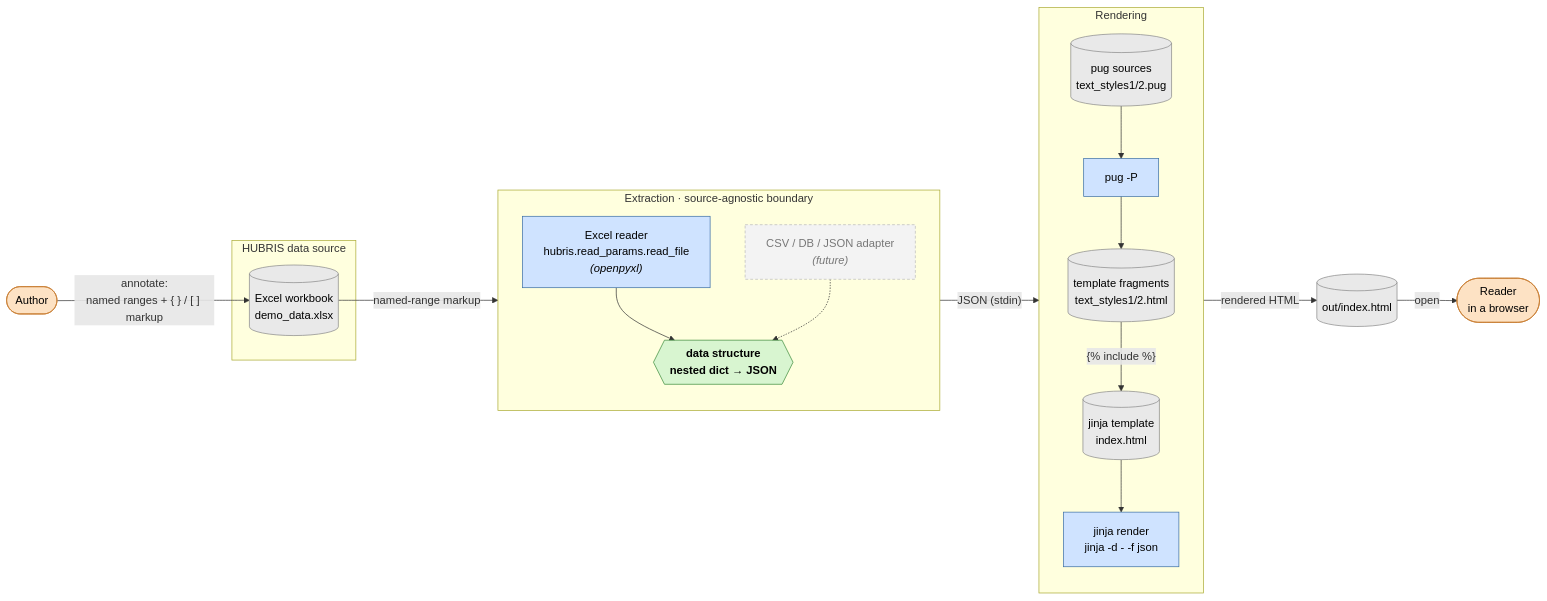
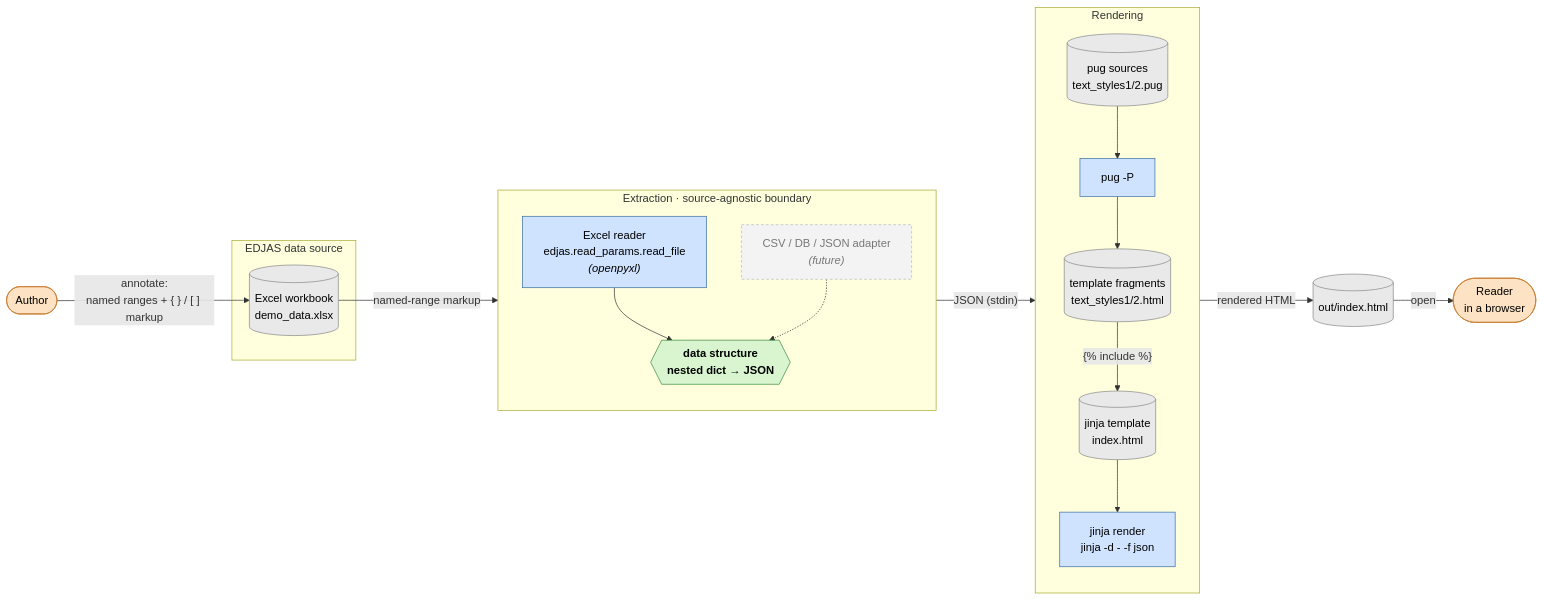
The first of 2 diagrams in docs/dataflow.md (holdenweb/edjas-demo), drawn with Mermaid before and after one commit. The commit also changed other lines of this file and 20 other files, not shown here.

````diff
--- a/docs/dataflow.md
+++ b/docs/dataflow.md
@@ -25,47 +25,47 @@
 ```mermaid
 flowchart LR
     author([Author]):::entity
     reader_person([Reader<br/>in a browser]):::entity
 
     %% ---- Authoring ----
     author -- "annotate:<br/>named ranges + { } / [ ] markup" --> wb
 
-    subgraph source [HUBRIS data source]
+    subgraph source [EDJAS data source]
         wb[(Excel workbook<br/>demo_data.xlsx)]:::store
     end
 
     %% ---- Extraction: the source-agnostic boundary ----
     subgraph extract [Extraction · source-agnostic boundary]
         direction TB
-        xl["Excel reader<br/>hubris.read_params.read_file<br/><i>(openpyxl)</i>"]:::proc
+        xl["Excel reader<br/>edjas.read_params.read_file<br/><i>(openpyxl)</i>"]:::proc
         future["CSV / DB / JSON adapter<br/><i>(future)</i>"]:::future
         pivot{{"data structure<br/>nested dict → JSON"}}:::pivot
         xl --> pivot
         future -.-> pivot
     end
 
     wb -- "named-range markup" --> xl
 
     %% ---- Rendering ----
     subgraph render [Rendering]
         direction TB
         pug[(pug sources<br/>text_styles1/2.pug)]:::store
         frag[(template fragments<br/>text_styles1/2.html)]:::store
         tpl[(jinja template<br/>index.html)]:::store
         pugc["pug -P"]:::proc
         jinja["jinja render<br/>jinja -d - -f json"]:::proc
         pug --> pugc --> frag
         frag -- "{% include %}" --> tpl
         tpl --> jinja
     end
 
     pivot -- "JSON (stdin)" --> jinja
     jinja -- "rendered HTML" --> out[(out/index.html)]:::store
     out -- "open" --> reader_person
 
     classDef entity fill:#fde2c4,stroke:#c77b30,color:#000;
     classDef proc   fill:#cfe3ff,stroke:#3a6ea5,color:#000;
     classDef store  fill:#e9e9e9,stroke:#888,color:#000;
     classDef pivot  fill:#d8f5d0,stroke:#3a8a3a,color:#000,font-weight:bold;
     classDef future fill:#f3f3f3,stroke:#bbb,color:#777,stroke-dasharray:4 3;
 ```
````
